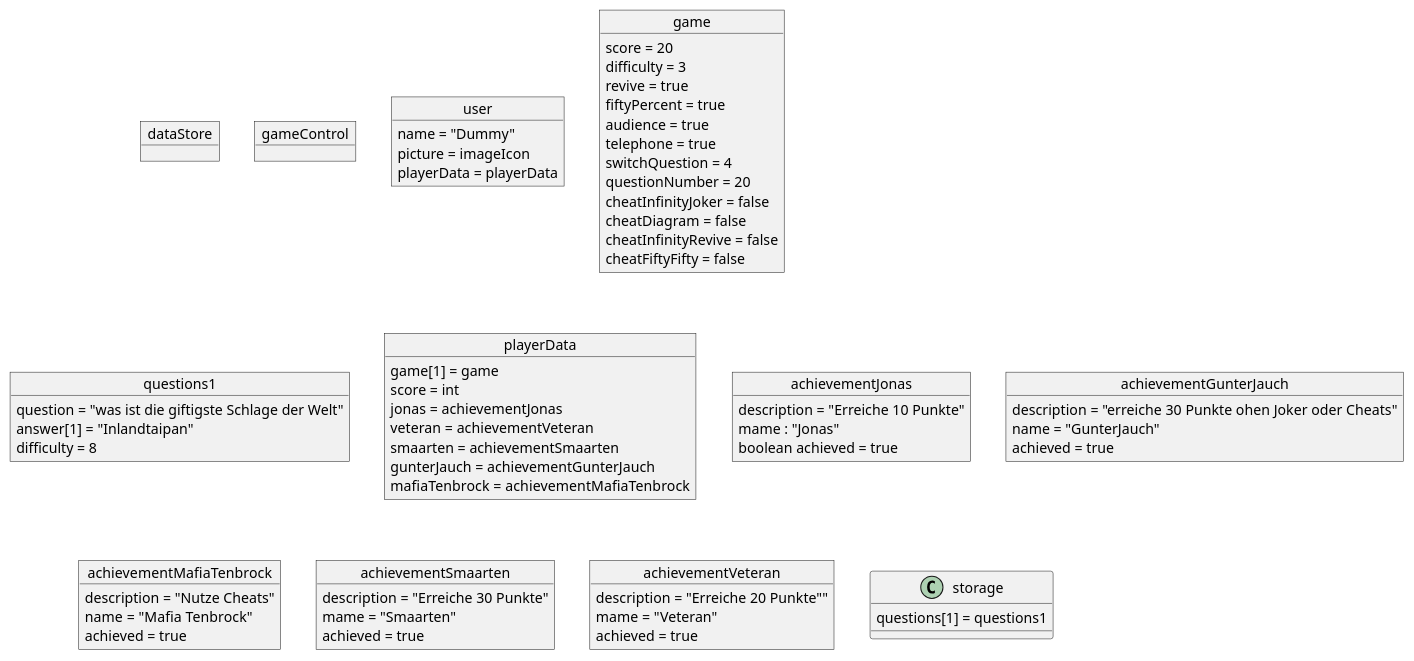
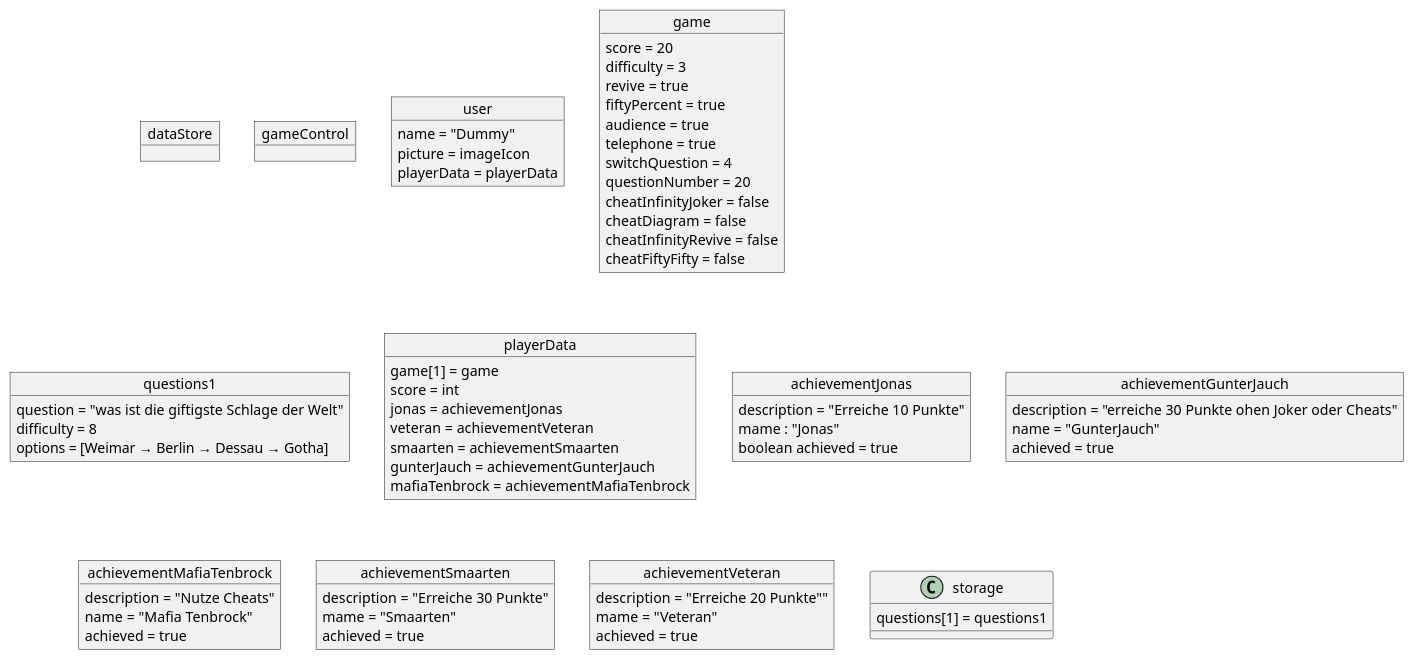
One commit to Stellaa1/dynamische-Datenstrukturen-Team-1 changed the diagram in doku/lastenheft/Diagramme/Objektdiagramm.puml. Above: the diagram before and after it, drawn with PlantUML.

Commit message:
+ Edit question Object

```diff
--- a/doku/lastenheft/Diagramme/Objektdiagramm.puml
+++ b/doku/lastenheft/Diagramme/Objektdiagramm.puml
@@ -1,66 +1,66 @@
 @startuml
 object dataStore
 object gameControl
 object user
 object game
 object questions1
 object playerData
 object achievementJonas
 object achievementGunterJauch
 object achievementMafiaTenbrock
 object achievementSmaarten
 object achievementVeteran
 
 user : name = "Dummy"
 user : picture = imageIcon
 user : playerData = playerData
 
 questions1 : question = "was ist die giftigste Schlage der Welt"
-questions1 : answer[1] = "Inlandtaipan"
 questions1 : difficulty = 8
+questions1 : options = [Weimar → Berlin → Dessau → Gotha]
 
 game : score = 20
 game : difficulty = 3
 game : revive = true
 game : fiftyPercent = true
 game : audience = true
 game : telephone = true
 game : switchQuestion = 4
 game : questionNumber = 20
 game : cheatInfinityJoker = false
 game : cheatDiagram = false
 game : cheatInfinityRevive = false
 game : cheatFiftyFifty = false
 
 storage : questions[1] = questions1
 
 achievementJonas : description = "Erreiche 10 Punkte"
 achievementJonas : mame : "Jonas"
 achievementJonas : boolean achieved = true
 
 achievementVeteran : description = "Erreiche 20 Punkte""
 achievementVeteran : mame = "Veteran"
 achievementVeteran : achieved = true
 
 achievementSmaarten : description = "Erreiche 30 Punkte"
 achievementSmaarten : mame = "Smaarten"
 achievementSmaarten : achieved = true
 
 achievementMafiaTenbrock :  description = "Nutze Cheats"
 achievementMafiaTenbrock : name = "Mafia Tenbrock"
 achievementMafiaTenbrock : achieved = true
 
 achievementGunterJauch : description = "erreiche 30 Punkte ohen Joker oder Cheats"
 achievementGunterJauch : name = "GunterJauch"
 achievementGunterJauch : achieved = true
 
 playerData : game[1] = game
 playerData :  score = int
 playerData :  jonas = achievementJonas
 playerData : veteran = achievementVeteran
 playerData : smaarten = achievementSmaarten
 playerData :  gunterJauch = achievementGunterJauch
 playerData :  mafiaTenbrock = achievementMafiaTenbrock
 
 
 @enduml
```
